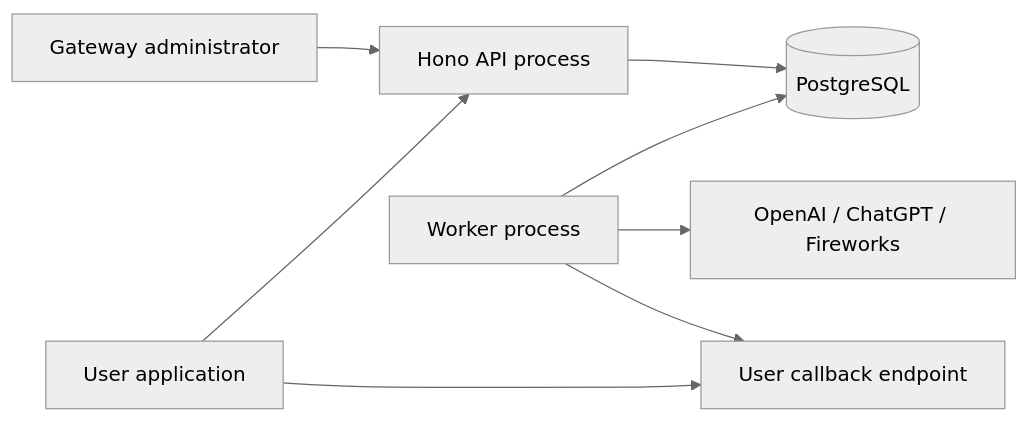
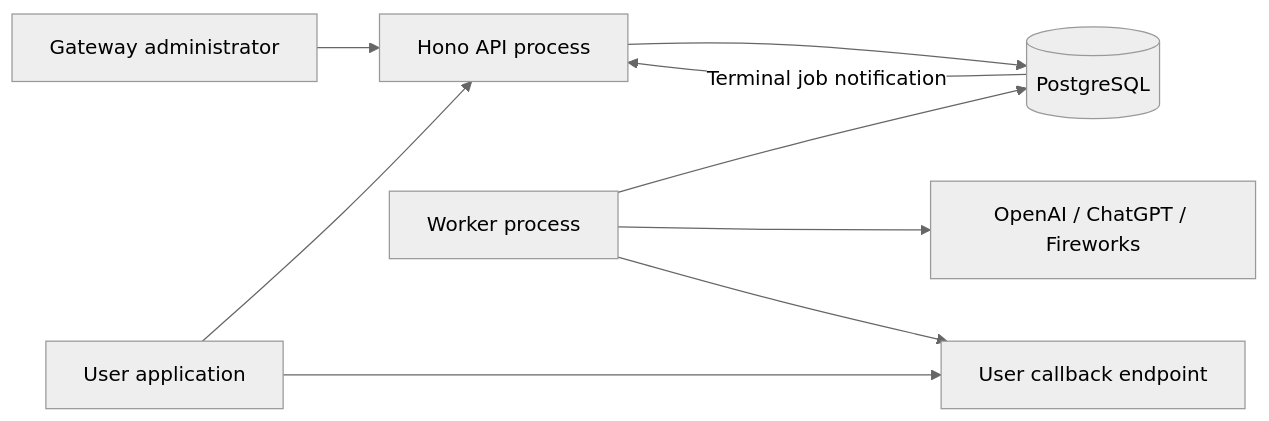
Before and after one commit to ank1015/llm-provider: the first of 2 diagrams in apps/llm-gateway/docs/architecture.md, drawn with Mermaid (neutral theme). The commit also changed other lines of this file and 2 other files, not shown here.

Commit message:
docs(gateway): describe terminal event architecture

````diff
--- a/apps/llm-gateway/docs/architecture.md
+++ b/apps/llm-gateway/docs/architecture.md
@@ -15,10 +15,11 @@
 ```mermaid
 flowchart LR
   Admin[Gateway administrator] --> API[Hono API process]
   Client[User application] --> API
   API --> DB[(PostgreSQL)]
+  DB -- Terminal job notification --> API
   Worker[Worker process] --> DB
   Worker --> Providers[OpenAI / ChatGPT / Fireworks]
   Worker --> Callback[User callback endpoint]
   Client --> Callback
 ```
````
